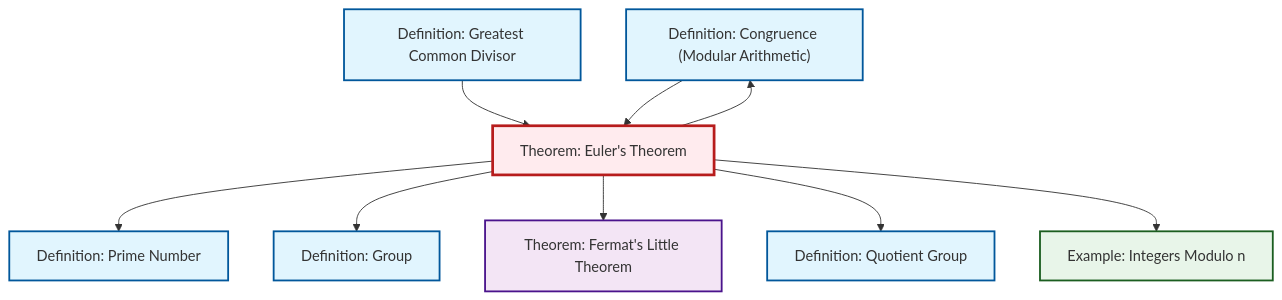
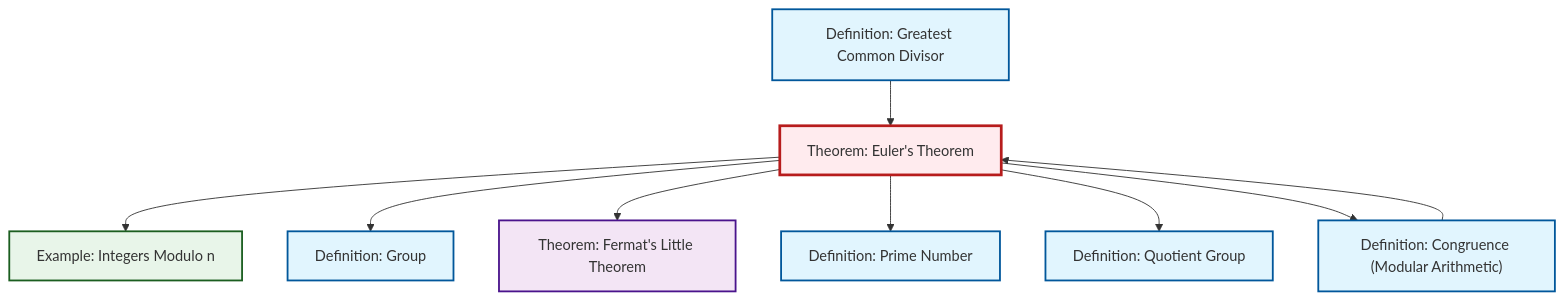
The diagram in content/en/number-theory/thm-euler.qmd (RK0429/ModernMath), drawn with Mermaid before and after one commit. The commit also changed other lines of this file and 597 other files, not shown here.

````diff
--- a/content/en/number-theory/thm-euler.qmd
+++ b/content/en/number-theory/thm-euler.qmd
@@ -53,33 +53,33 @@
 ```{mermaid}
 %%| fig-cap: "Local dependency graph"
 graph TD
     classDef definition fill:#e1f5fe,stroke:#01579b,stroke-width:2px
     classDef theorem fill:#f3e5f5,stroke:#4a148c,stroke-width:2px
     classDef axiom fill:#fff3e0,stroke:#e65100,stroke-width:2px
     classDef example fill:#e8f5e9,stroke:#1b5e20,stroke-width:2px
     classDef current fill:#ffebee,stroke:#b71c1c,stroke-width:3px
+    ex-quotient-integers-mod-n["Example: Integers Modulo n"]:::example
+    thm-euler["Theorem: Euler's Theorem"]:::theorem
+    def-gcd["Definition: Greatest Common Divisor"]:::definition
+    def-congruence["Definition: Congruence (Modular Arithmetic)"]:::definition
+    thm-fermat-little["Theorem: Fermat's Little Theorem"]:::theorem
+    def-quotient-group["Definition: Quotient Group"]:::definition
     def-prime["Definition: Prime Number"]:::definition
-    def-quotient-group["Definition: Quotient Group"]:::definition
-    def-congruence["Definition: Congruence (Modular Arithmetic)"]:::definition
-    thm-euler["Theorem: Euler's Theorem"]:::theorem
     def-group["Definition: Group"]:::definition
-    def-gcd["Definition: Greatest Common Divisor"]:::definition
-    thm-fermat-little["Theorem: Fermat's Little Theorem"]:::theorem
-    ex-quotient-integers-mod-n["Example: Integers Modulo n"]:::example
-    thm-euler --> def-prime
+    def-congruence --> thm-euler
+    thm-euler --> ex-quotient-integers-mod-n
     def-gcd --> thm-euler
     thm-euler --> def-group
     thm-euler --> thm-fermat-little
-    def-congruence --> thm-euler
+    thm-euler --> def-prime
     thm-euler --> def-quotient-group
     thm-euler --> def-congruence
-    thm-euler --> ex-quotient-integers-mod-n
     class thm-euler current
+    click ex-quotient-integers-mod-n "ex-quotient-integers-mod-n.html" "Go to Integers Modulo n example"
+    click def-gcd "def-gcd.html" "Go to Greatest Common Divisor definition"
+    click def-congruence "def-congruence.html" "Go to Congruence (Modular Arithmetic) definition"
+    click thm-fermat-little "thm-fermat-little.html" "Go to Fermat's Little Theorem theorem"
+    click def-quotient-group "def-quotient-group.html" "Go to Quotient Group definition"
     click def-prime "def-prime.html" "Go to Prime Number definition"
-    click def-quotient-group "def-quotient-group.html" "Go to Quotient Group definition"
-    click def-congruence "def-congruence.html" "Go to Congruence (Modular Arithmetic) definition"
     click def-group "def-group.html" "Go to Group definition"
-    click def-gcd "def-gcd.html" "Go to Greatest Common Divisor definition"
-    click thm-fermat-little "thm-fermat-little.html" "Go to Fermat's Little Theorem theorem"
-    click ex-quotient-integers-mod-n "ex-quotient-integers-mod-n.html" "Go to Integers Modulo n example"
 ```
````
